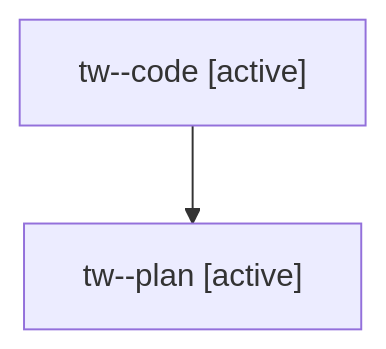
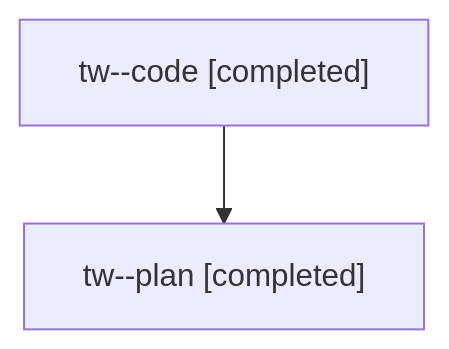
The diagram in families/bbugyi200.athena.tw.md (sase-org/sase--agents), drawn with Mermaid before and after one commit. The commit also changed other lines of this file and 46 other files, not shown here.

````diff
--- a/families/bbugyi200.athena.tw.md
+++ b/families/bbugyi200.athena.tw.md
@@ -9,6 +9,6 @@
 ```mermaid
 flowchart TD
-  n0["tw--code [active]"]
-  n1["tw--plan [active]"]
+  n0["tw--code [completed]"]
+  n1["tw--plan [completed]"]
   n0 --> n1
 ```
````
